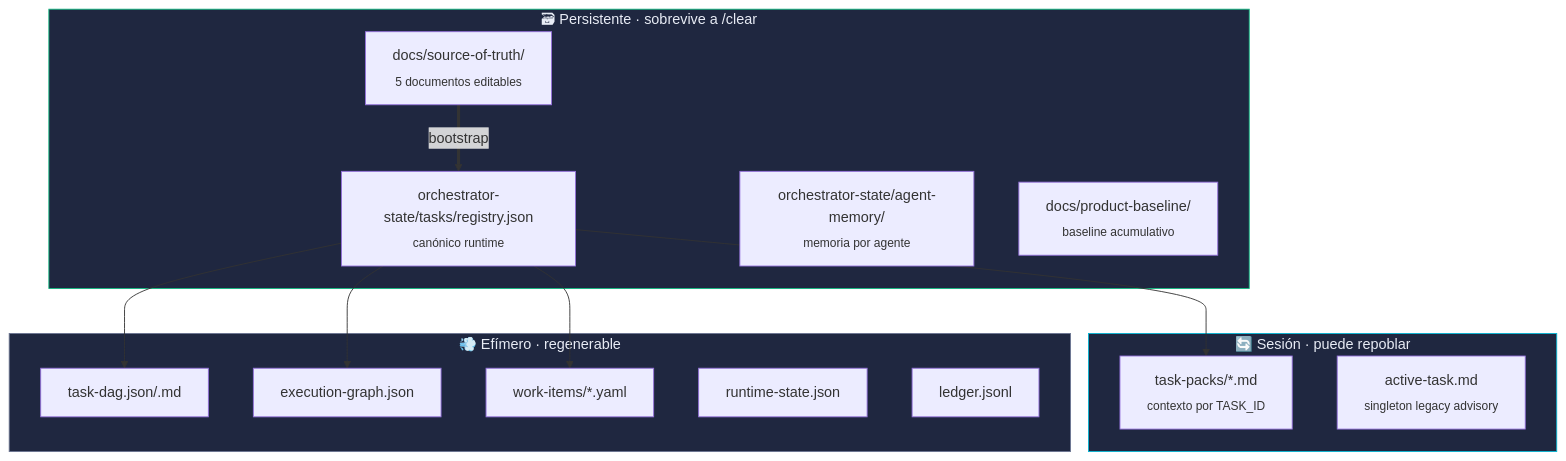
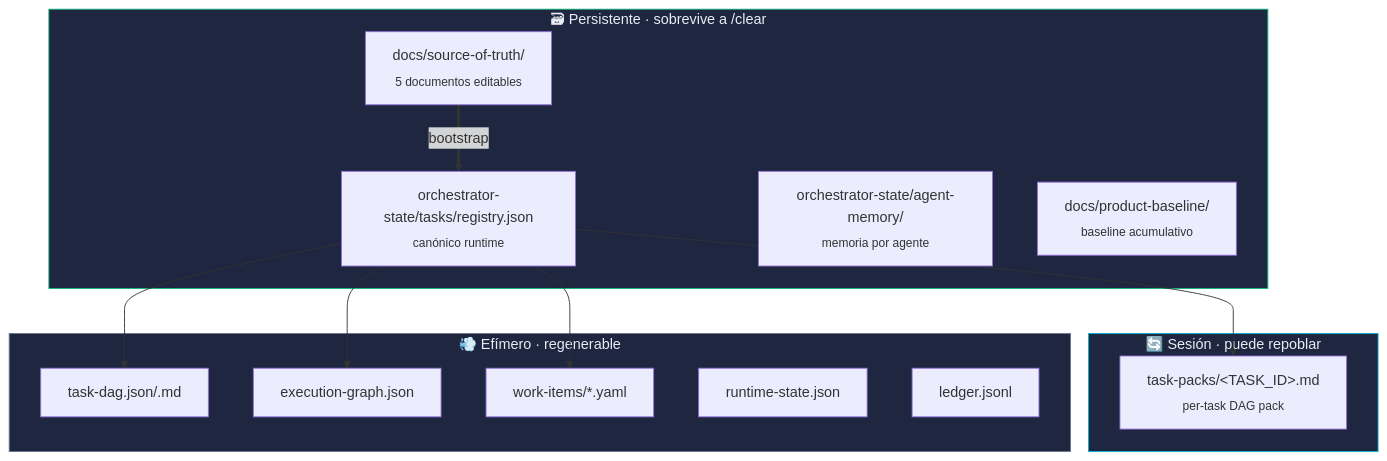
The third of 8 diagrams in site/diagrams/arquitectura.md (sergiolrinditex/React-Python-Login-Admin), drawn with Mermaid before and after one commit. The commit also changed other lines of this file and 49 other files, not shown here.

````diff
--- a/site/diagrams/arquitectura.md
+++ b/site/diagrams/arquitectura.md
@@ -126,32 +126,32 @@
 ```mermaid
 flowchart TD
     subgraph PERSISTENT[🗃 Persistente · sobrevive a /clear]
         SOT[docs/source-of-truth/<br><sub>5 documentos editables</sub>]
         REG[orchestrator-state/tasks/registry.json<br><sub>canónico runtime</sub>]
         AM[orchestrator-state/agent-memory/<br><sub>memoria por agente</sub>]
         BL[docs/product-baseline/<br><sub>baseline acumulativo</sub>]
     end
 
     subgraph SESSION[🔄 Sesión · puede repoblar]
         TP[task-packs/*.md<br><sub>contexto por TASK_ID</sub>]
-        AT[active-task.md<br><sub>singleton legacy advisory</sub>]
+        TP[task-packs/&lt;TASK_ID&gt;.md<br><sub>per-task DAG pack</sub>]
     end
 
     subgraph EPHEMERAL[💨 Efímero · regenerable]
         DAG[task-dag.json/.md]
         EG[execution-graph.json]
         WI[work-items/*.yaml]
         RS[runtime-state.json]
         LED[ledger.jsonl]
     end
 
     SOT == bootstrap ==> REG
     REG --> DAG
     REG --> EG
     REG --> WI
     REG --> TP
 
     style PERSISTENT fill:#1f2740,stroke:#10b981,color:#e8ecf5
     style SESSION fill:#1f2740,stroke:#06b6d4,color:#e8ecf5
     style EPHEMERAL fill:#1f2740,stroke:#6b7591,color:#e8ecf5
 ```
````
